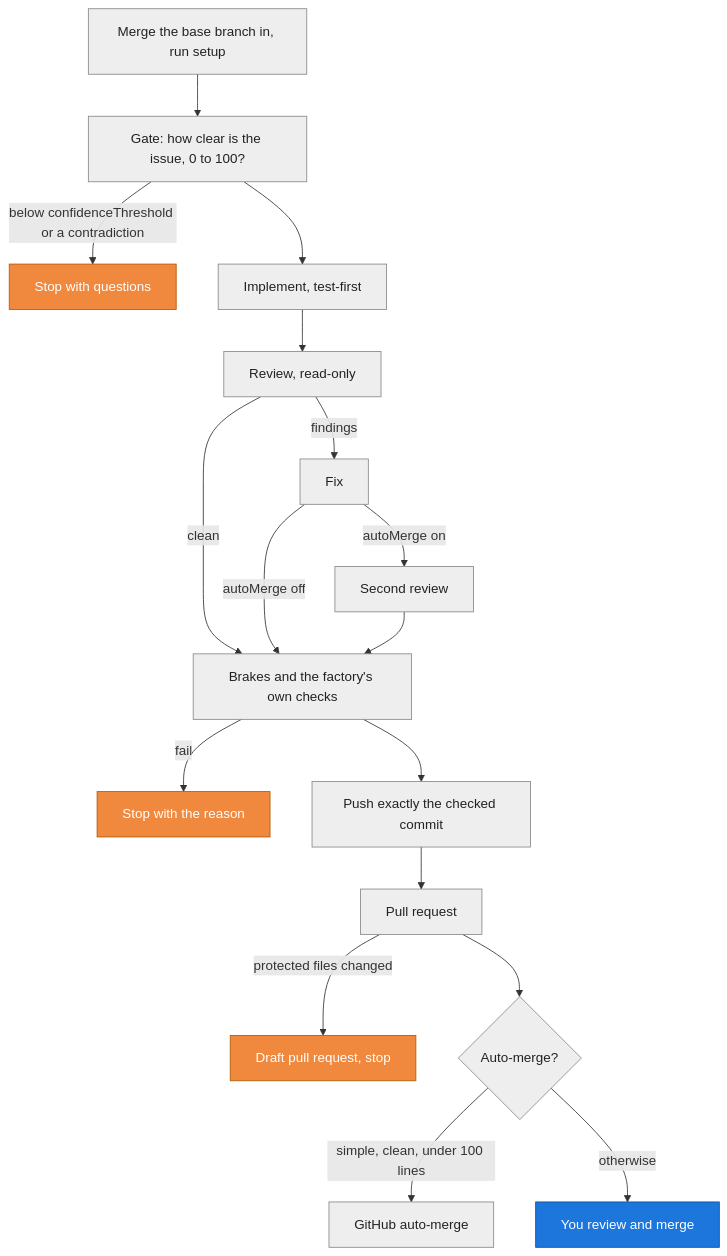
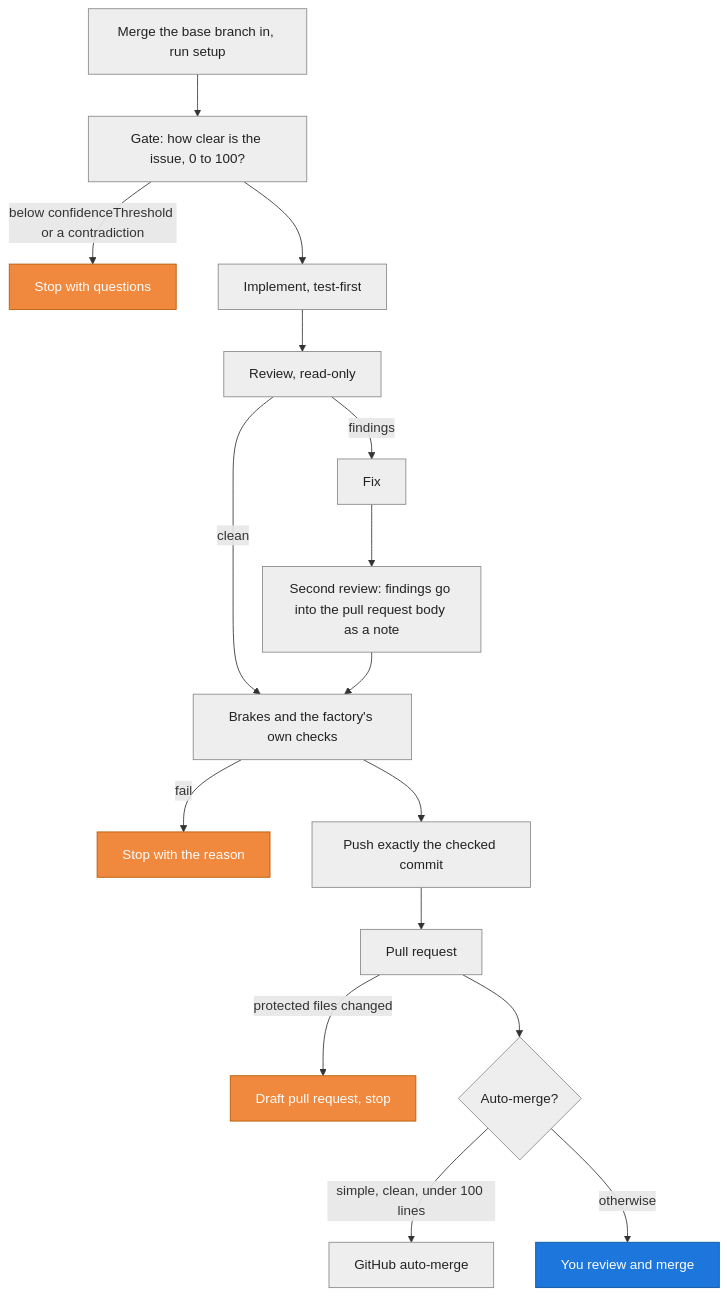
The second of 2 diagrams in README.md (dennis-brutski/issue-to-pr-factory), drawn with Mermaid before and after one commit. The commit also changed other lines of this file and 9 other files, not shown here.

````diff
--- a/README.md
+++ b/README.md
@@ -119,22 +119,21 @@
 ```mermaid
 flowchart TD
   start["Merge the base branch in, run setup"]:::factory --> gate["Gate: how clear is the issue, 0 to 100?"]:::factory
   gate -->|"below confidenceThreshold or a contradiction"| ask["Stop with questions"]:::stop
   gate --> impl["Implement, test-first"]:::factory
   impl --> review["Review, read-only"]:::factory
   review -->|"clean"| checks["Brakes and the factory's own checks"]:::factory
   review -->|"findings"| fix["Fix"]:::factory
-  fix -->|"autoMerge off"| checks
-  fix -->|"autoMerge on"| review2["Second review"]:::factory
+  fix --> review2["Second review: findings go into the pull request body as a note"]:::factory
   review2 --> checks
   checks -->|"fail"| failed["Stop with the reason"]:::stop
   checks --> push["Push exactly the checked commit"]:::factory
   push --> pr["Pull request"]:::factory
   pr -->|"protected files changed"| draft["Draft pull request, stop"]:::stop
   pr --> auto{"Auto-merge?"}:::factory
   auto -->|"simple, clean, under 100 lines"| merged["GitHub auto-merge"]:::factory
   auto -->|"otherwise"| byYou["You review and merge"]:::you
   classDef you fill:#1d76db,stroke:#0b4f99,color:#ffffff
   classDef factory fill:#eeeeee,stroke:#888888,color:#222222
   classDef stop fill:#f0883e,stroke:#b35900,color:#ffffff
 ```
````
